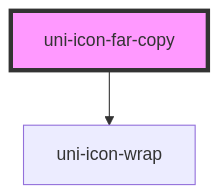
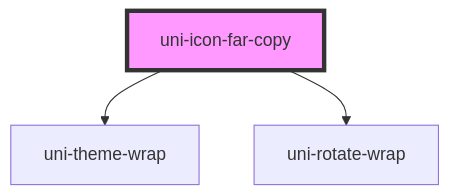
Before and after one commit to uiwebkit/icons: the diagram in src/components/icon-fa/regular/copy/readme.md, drawn with Mermaid. The commit also changed other lines of this file and 78 other files, not shown here.

````diff
--- a/src/components/icon-fa/regular/copy/readme.md
+++ b/src/components/icon-fa/regular/copy/readme.md
@@ -27,5 +28,6 @@
 ```mermaid
 graph TD;
-  uni-icon-far-copy --> uni-icon-wrap
+  uni-icon-far-copy --> uni-theme-wrap
+  uni-icon-far-copy --> uni-rotate-wrap
   style uni-icon-far-copy fill:#f9f,stroke:#333,stroke-width:4px
 ```
````
